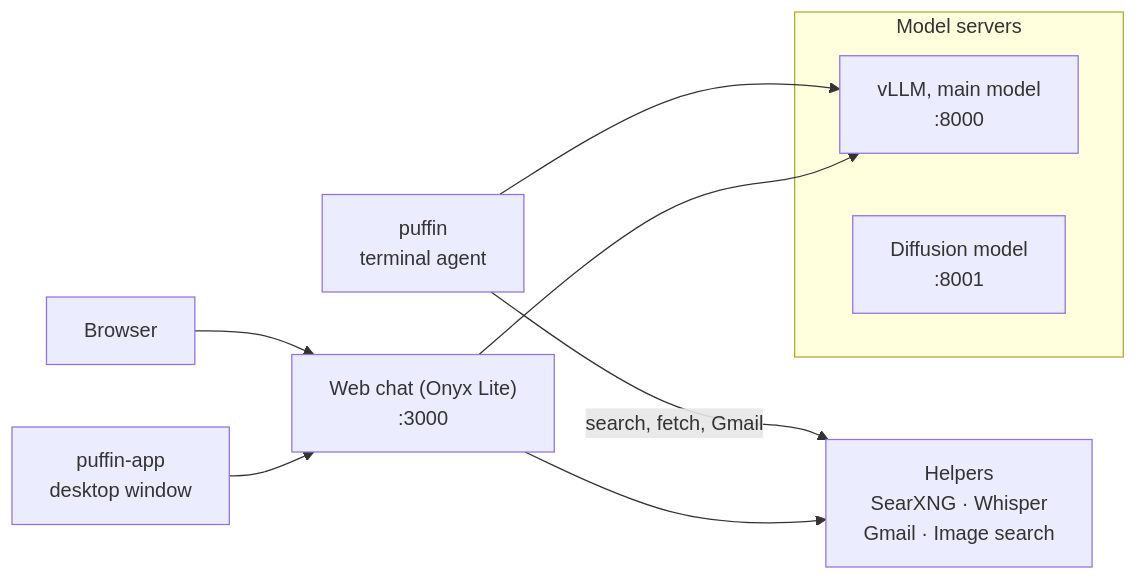
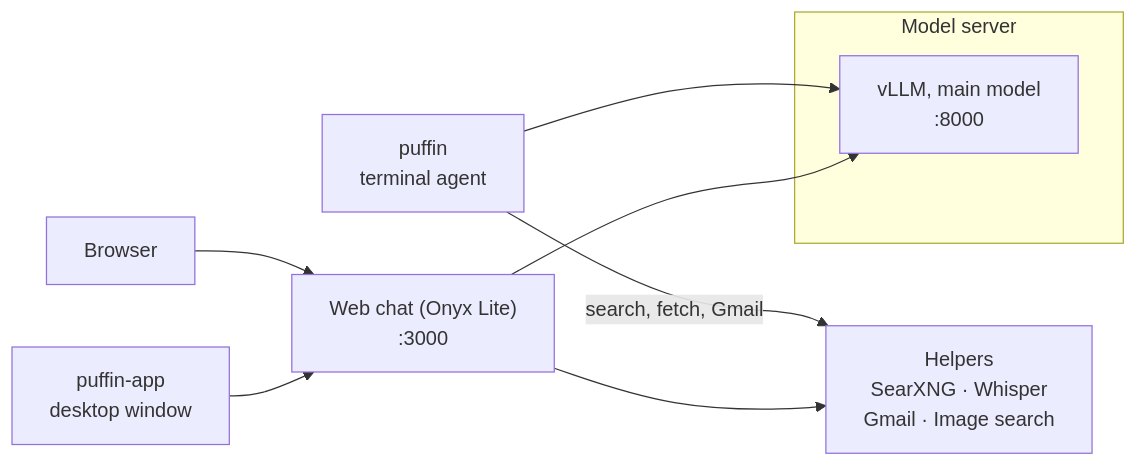
The first of 2 diagrams in docs/architecture.md (dreamference/mightling), drawn with Mermaid before and after one commit. The commit also changed other lines of this file and 14 other files, not shown here.

First line of the commit message:
Switch the diffusion model off: never started, downloaded or shown

````diff
--- a/docs/architecture.md
+++ b/docs/architecture.md
@@ -9,18 +9,17 @@
 ```mermaid
 flowchart LR
     T["puffin<br/>terminal agent"]
     B["Browser"]
     D["puffin-app<br/>desktop window"]
     O["Web chat (Onyx Lite)<br/>:3000"]
     H["Helpers<br/>SearXNG · Whisper<br/>Gmail · Image search"]
-    subgraph models["Model servers"]
+    subgraph models["Model server"]
         V["vLLM, main model<br/>:8000"]
-        F["Diffusion model<br/>:8001"]
     end
     T --> V
     T -- "search, fetch, Gmail" --> H
     B --> O
     D --> O
     O --> V
     O --> H
 ```
````
